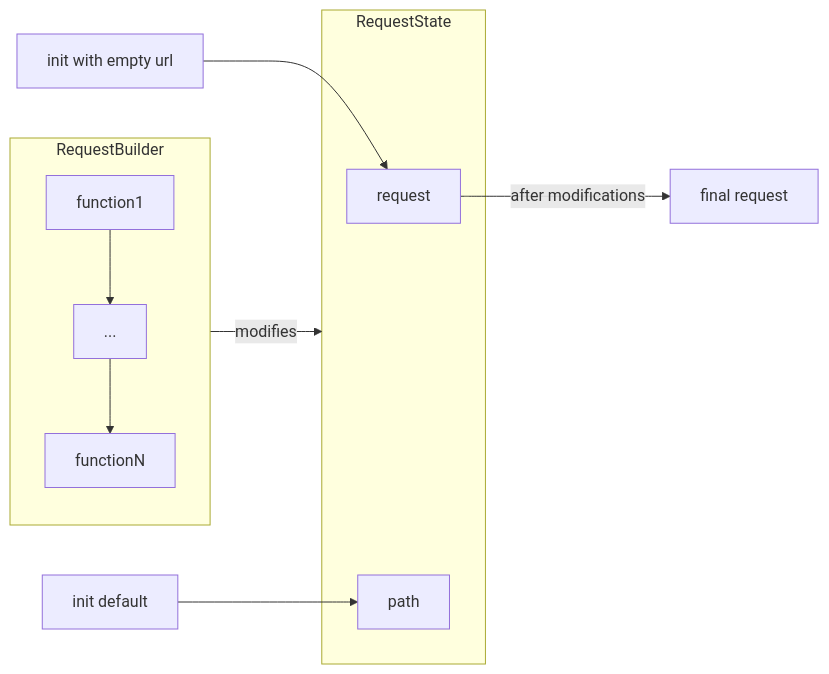
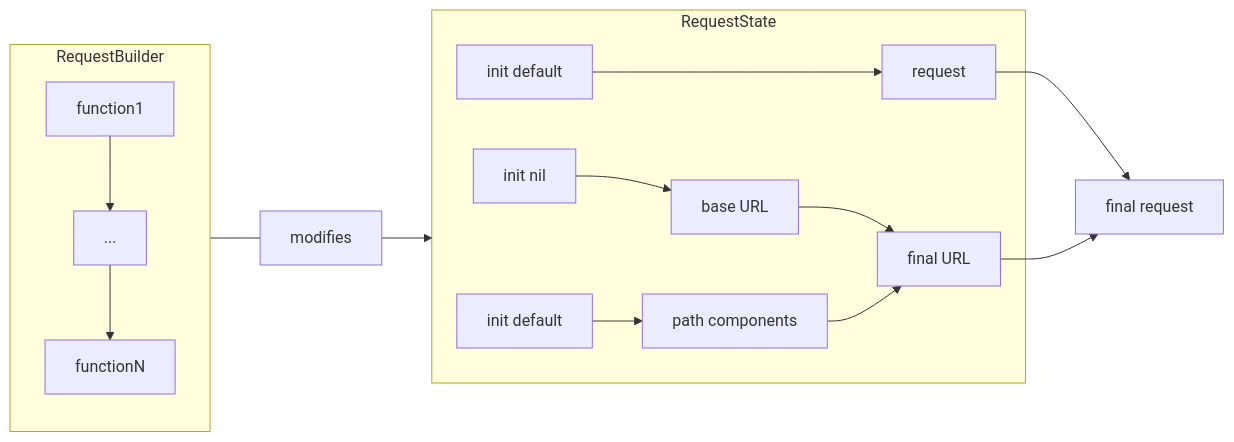
One commit to sisoje/declarative-requests-swift changed the diagram in README.md. Above: the diagram before and after it, drawn with Mermaid.

Commit message:
new chart

````diff
--- a/README.md
+++ b/README.md
@@ -6,18 +6,24 @@
 ```mermaid
 flowchart LR
-    RequestInit["init with empty url"] --> request
-    ComponentsInit["init default"] --> path
-    RequestBuilder -- modifies --> RequestState
+
+    RequestBuilder --- modifies ---> RequestState
 
     subgraph RequestState
+        baseUrl["base URL"]
         request
-        path
+        path["path components"]
+        BaseUrlInit["init nil"] --> baseUrl
+        RequestInit["init default"] ---> request
+        ComponentsInit["init default"] --> path
+        baseUrl --> finalUrl["final URL"]
+        path --> finalUrl
     end
  
-    request -- after modifications --> FinalRequest["final request"]
+    request --> FinalRequest["final request"]
+    finalUrl --> FinalRequest
 
     subgraph RequestBuilder
         function1 --> dots["..."]
         dots --> functionN
     end
 ```
````
